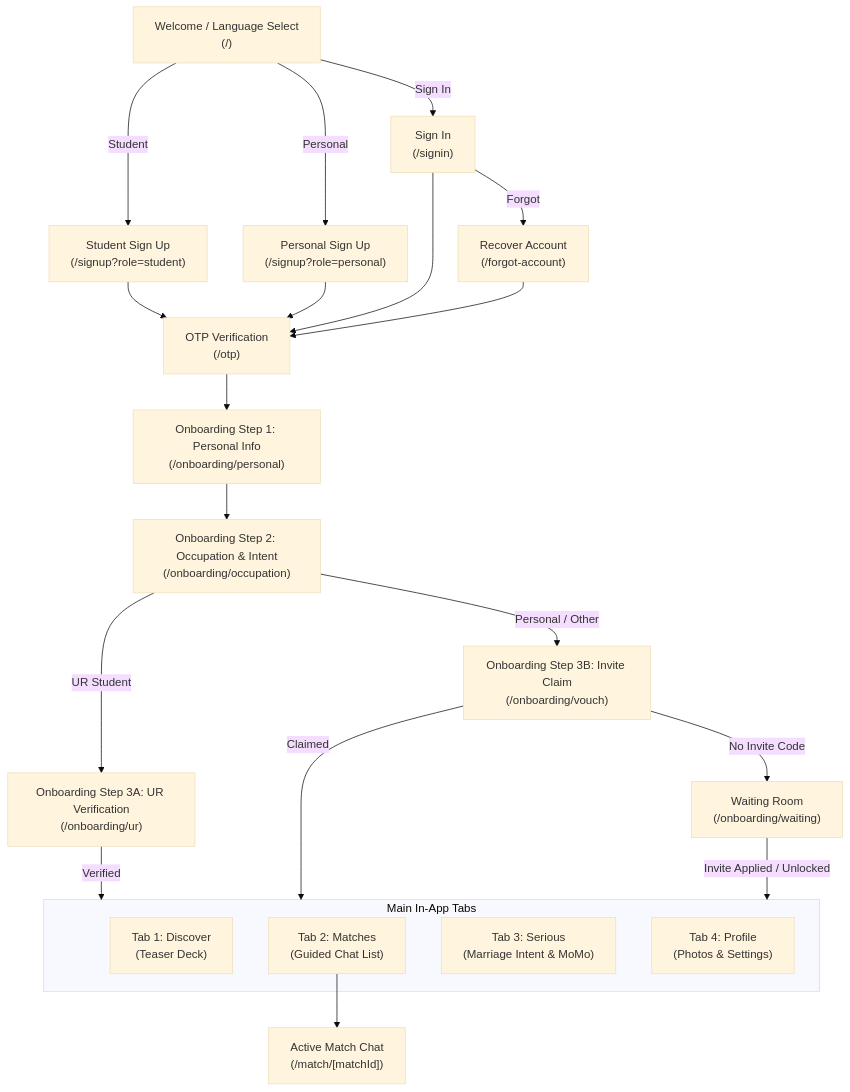
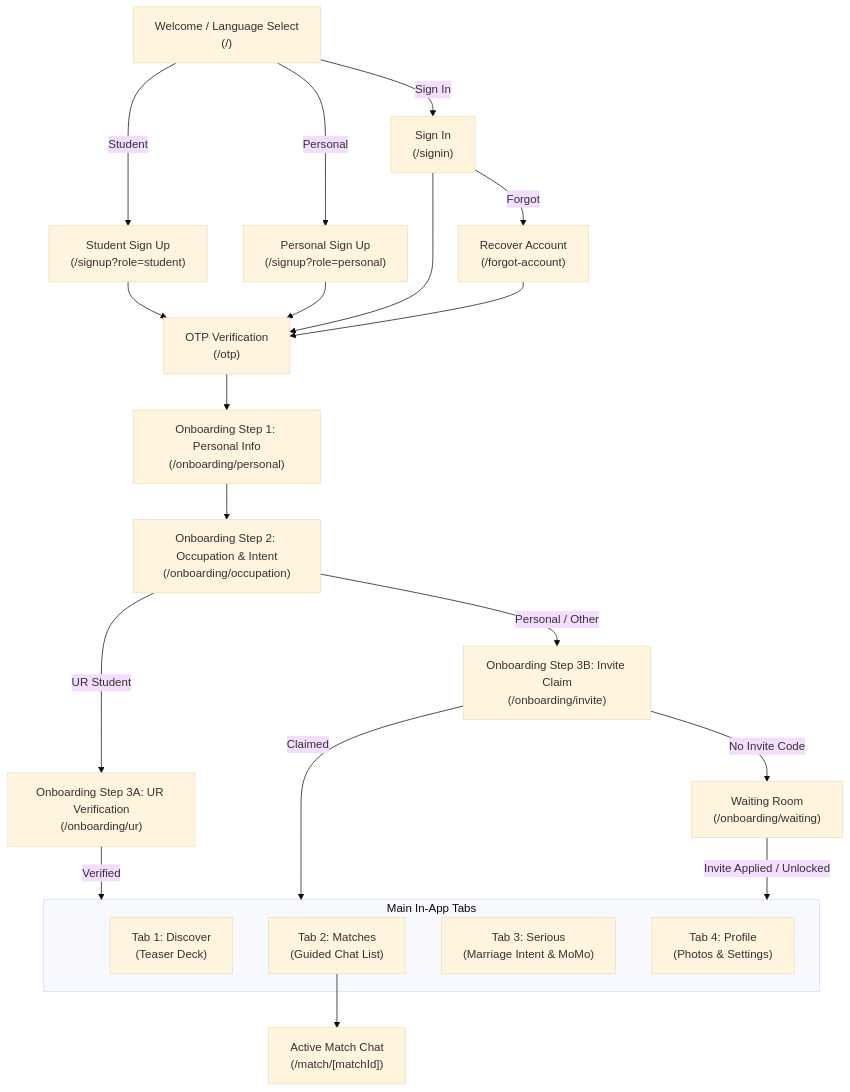
One commit to htuyishi-hub/kin changed the diagram in docs/i18n/ui-map.md. Above: the diagram before and after it, drawn with Mermaid (base theme). The commit also changed other lines of this file and 9 other files, not shown here.

Commit message:
refactor(onboarding): rename vouch screens to invite and update navigation routes

````diff
--- a/docs/i18n/ui-map.md
+++ b/docs/i18n/ui-map.md
@@ -9,32 +9,32 @@
 ```mermaid
 flowchart TD
     Welcome["Welcome / Language Select<br/>(/)"] -->|Student| EmailStudent["Student Sign Up<br/>(/signup?role=student)"]
     Welcome -->|Personal| EmailPersonal["Personal Sign Up<br/>(/signup?role=personal)"]
     Welcome -->|Sign In| SignIn["Sign In<br/>(/signin)"]
     SignIn -->|Forgot| ForgotAccount["Recover Account<br/>(/forgot-account)"]
     
     EmailStudent --> OTP["OTP Verification<br/>(/otp)"]
     EmailPersonal --> OTP
     SignIn --> OTP
     ForgotAccount --> OTP
     
     OTP --> Step1["Onboarding Step 1: Personal Info<br/>(/onboarding/personal)"]
     Step1 --> Step2["Onboarding Step 2: Occupation & Intent<br/>(/onboarding/occupation)"]
     
     Step2 -->|UR Student| Step3UR["Onboarding Step 3A: UR Verification<br/>(/onboarding/ur)"]
-    Step2 -->|Personal / Other| Step3Invite["Onboarding Step 3B: Invite Claim<br/>(/onboarding/vouch)"]
+    Step2 -->|Personal / Other| Step3Invite["Onboarding Step 3B: Invite Claim<br/>(/onboarding/invite)"]
     
     Step3UR -->|Verified| MainTabs["Main In-App Tabs<br/>(/(tabs) or /app)"]
     Step3Invite -->|Claimed| MainTabs
     Step3Invite -->|No Invite Code| WaitingRoom["Waiting Room<br/>(/onboarding/waiting)"]
     WaitingRoom -->|Invite Applied / Unlocked| MainTabs
 
     subgraph MainTabs [Main In-App Tabs]
         Discover["Tab 1: Discover<br/>(Teaser Deck)"]
         Matches["Tab 2: Matches<br/>(Guided Chat List)"]
         Serious["Tab 3: Serious<br/>(Marriage Intent & MoMo)"]
         Profile["Tab 4: Profile<br/>(Photos & Settings)"]
     end
 
     Matches --> ChatRoom["Active Match Chat<br/>(/match/[matchId])"]
 ```
````
